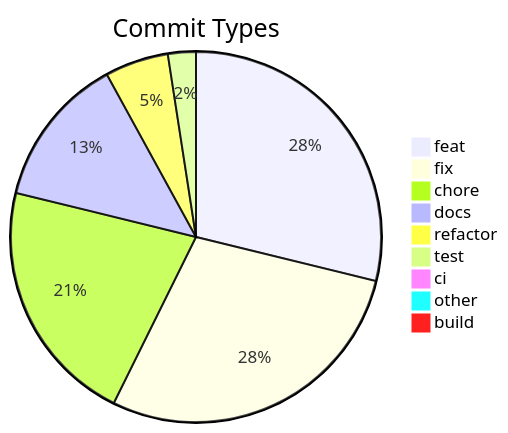
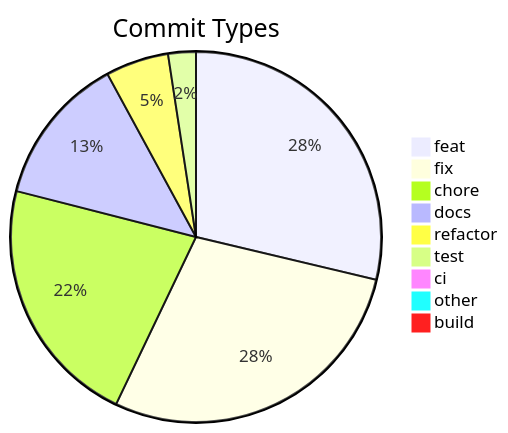
The diagram in .shipwright/compliance/change-history.md (svenroth-ai/shipwright), drawn with Mermaid before and after one commit. The commit also changed other lines of this file and 6 other files, not shown here.

````diff
--- a/.shipwright/compliance/change-history.md
+++ b/.shipwright/compliance/change-history.md
@@ -8,12 +8,12 @@
 ```mermaid
 pie title Commit Types
-    "feat" : 260
-    "fix" : 257
-    "chore" : 194
+    "feat" : 261
+    "fix" : 258
+    "chore" : 199
     "docs" : 119
     "refactor" : 50
     "test" : 22
     "ci" : 7
     "other" : 7
     "build" : 1
 ```
````
